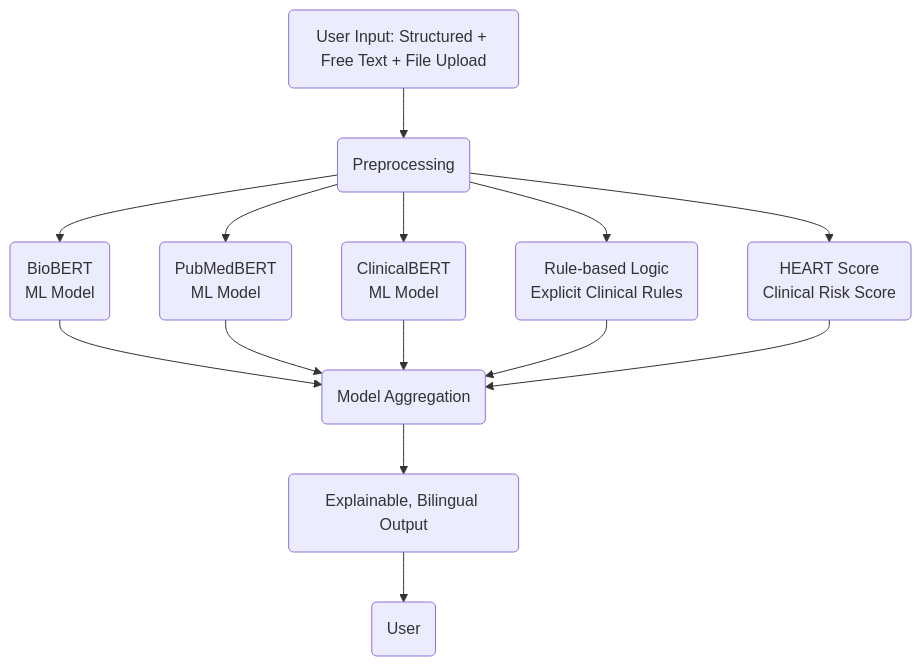
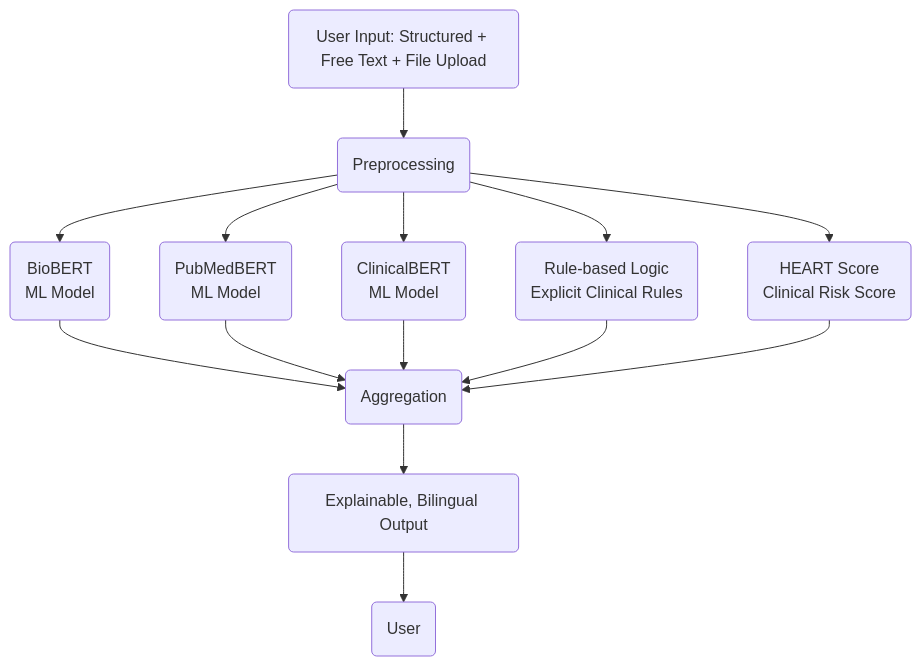
One commit to justin-mbca/aignosis changed the second of 2 diagrams in README.md. Above: the diagram before and after it, drawn with Mermaid.

Commit message:
update Model aggregation as aggregation

````diff
--- a/README.md
+++ b/README.md
@@ -81,16 +81,16 @@
 ```mermaid
 flowchart TD
     A(User Input: Structured + Free Text + File Upload) --> B(Preprocessing)
     B --> C1(BioBERT<br>ML Model)
     B --> C2(PubMedBERT<br>ML Model)
     B --> C3(ClinicalBERT<br>ML Model)
     B --> D(Rule-based Logic<br>Explicit Clinical Rules)
     B --> E(HEART Score<br>Clinical Risk Score)
-    C1 --> F(Model Aggregation)
+    C1 --> F(Aggregation)
     C2 --> F
     C3 --> F
     D --> F
     E --> F
     F --> G(Explainable, Bilingual Output)
     G --> H(User)
 ```
````
